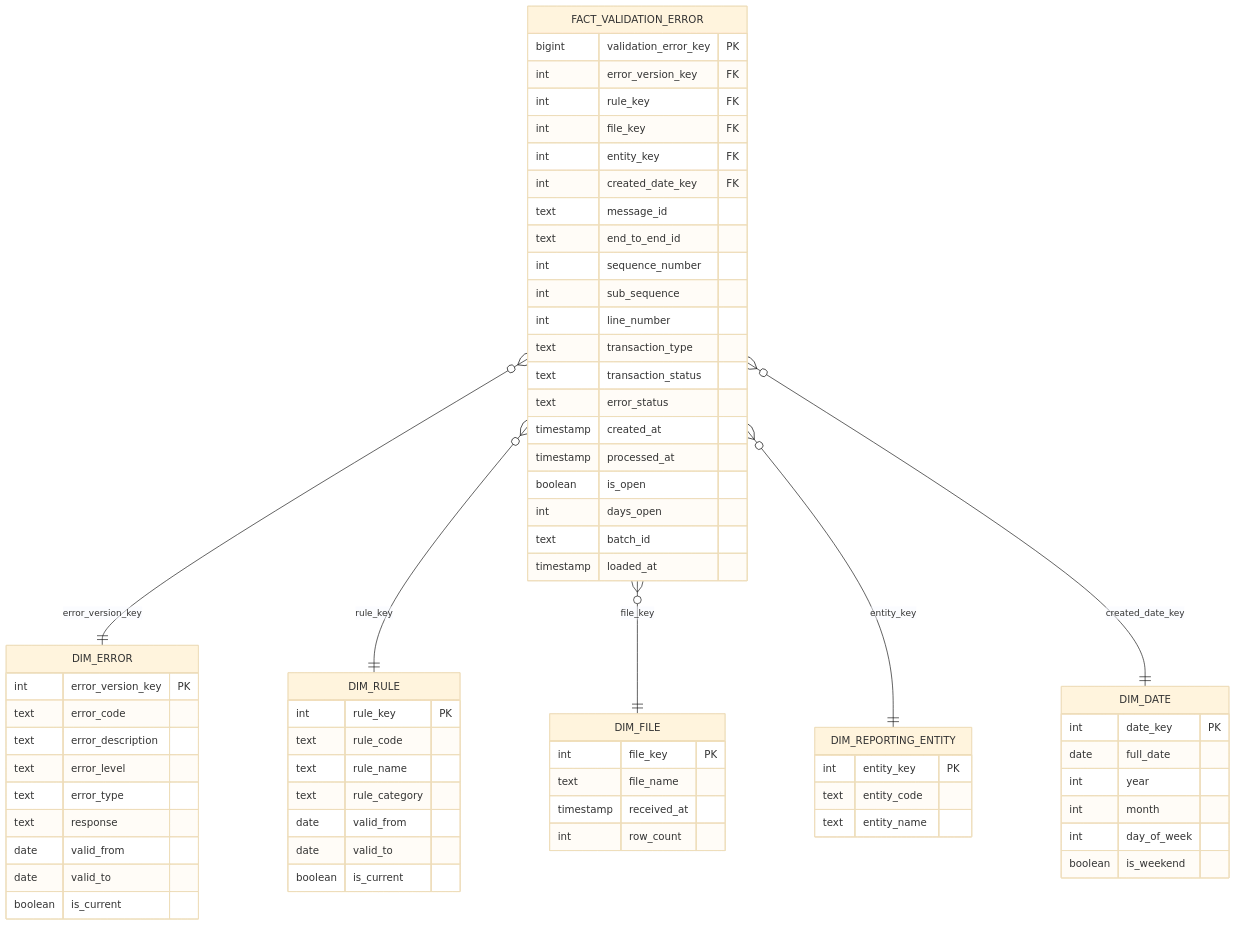
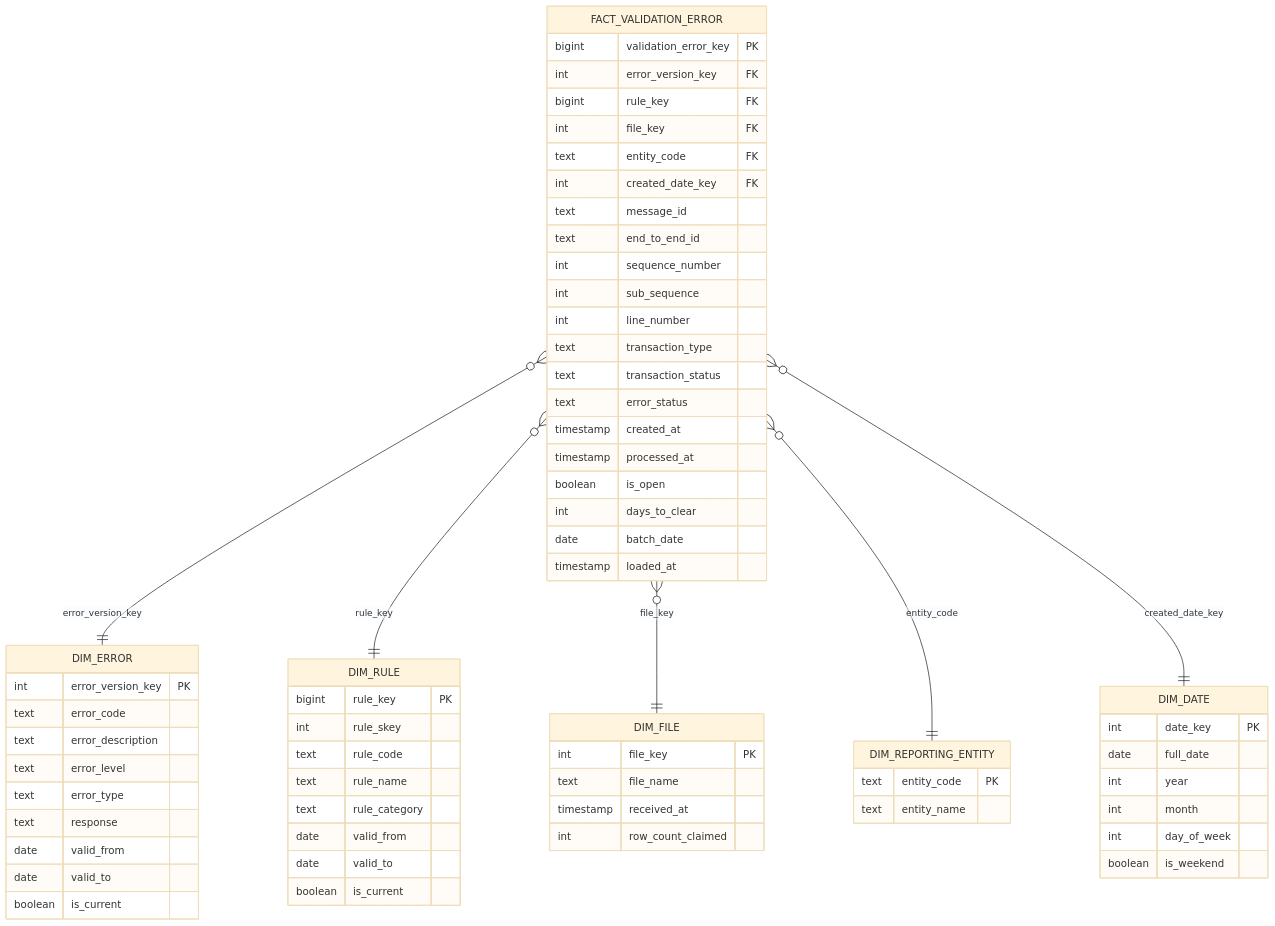
Before and after one commit to terrence0909/regulatory-error-monitor: the diagram in docs/data_model.md, drawn with Mermaid (base theme). The commit also changed other lines of this file and 1 other file, not shown here.

````diff
--- a/docs/data_model.md
+++ b/docs/data_model.md
@@ -21,70 +21,70 @@
 ```mermaid
 erDiagram
     FACT_VALIDATION_ERROR }o--|| DIM_ERROR : "error_version_key"
     FACT_VALIDATION_ERROR }o--|| DIM_RULE : "rule_key"
     FACT_VALIDATION_ERROR }o--|| DIM_FILE : "file_key"
-    FACT_VALIDATION_ERROR }o--|| DIM_REPORTING_ENTITY : "entity_key"
+    FACT_VALIDATION_ERROR }o--|| DIM_REPORTING_ENTITY : "entity_code"
     FACT_VALIDATION_ERROR }o--|| DIM_DATE : "created_date_key"
 
     FACT_VALIDATION_ERROR {
         bigint validation_error_key PK
         int error_version_key FK
-        int rule_key FK
+        bigint rule_key FK
         int file_key FK
-        int entity_key FK
+        text entity_code FK
         int created_date_key FK
         text message_id
         text end_to_end_id
         int sequence_number
         int sub_sequence
         int line_number
         text transaction_type
         text transaction_status
         text error_status
         timestamp created_at
         timestamp processed_at
         boolean is_open
-        int days_open
-        text batch_id
+        int days_to_clear
+        date batch_date
         timestamp loaded_at
     }
     DIM_ERROR {
         int error_version_key PK
         text error_code
         text error_description
         text error_level
         text error_type
         text response
         date valid_from
         date valid_to
         boolean is_current
     }
     DIM_RULE {
-        int rule_key PK
+        bigint rule_key PK
+        int rule_skey
         text rule_code
         text rule_name
         text rule_category
         date valid_from
         date valid_to
         boolean is_current
     }
     DIM_FILE {
         int file_key PK
         text file_name
         timestamp received_at
-        int row_count
+        int row_count_claimed
     }
     DIM_REPORTING_ENTITY {
-        int entity_key PK
-        text entity_code
+        text entity_code PK
         text entity_name
     }
     DIM_DATE {
         int date_key PK
         date full_date
         int year
         int month
         int day_of_week
         boolean is_weekend
     }
 ```
````
